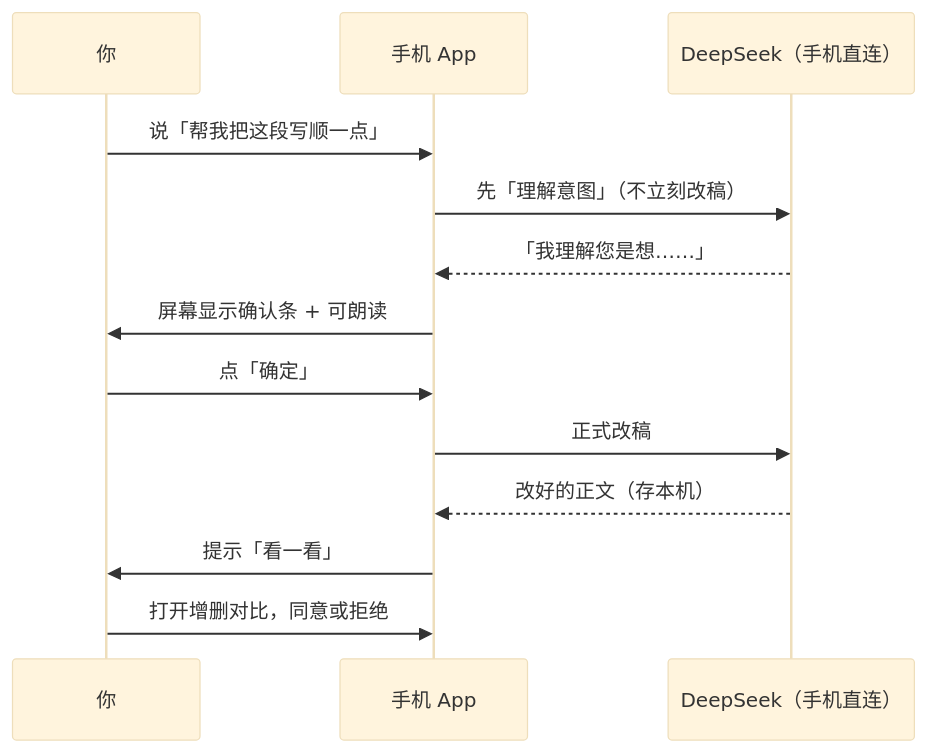
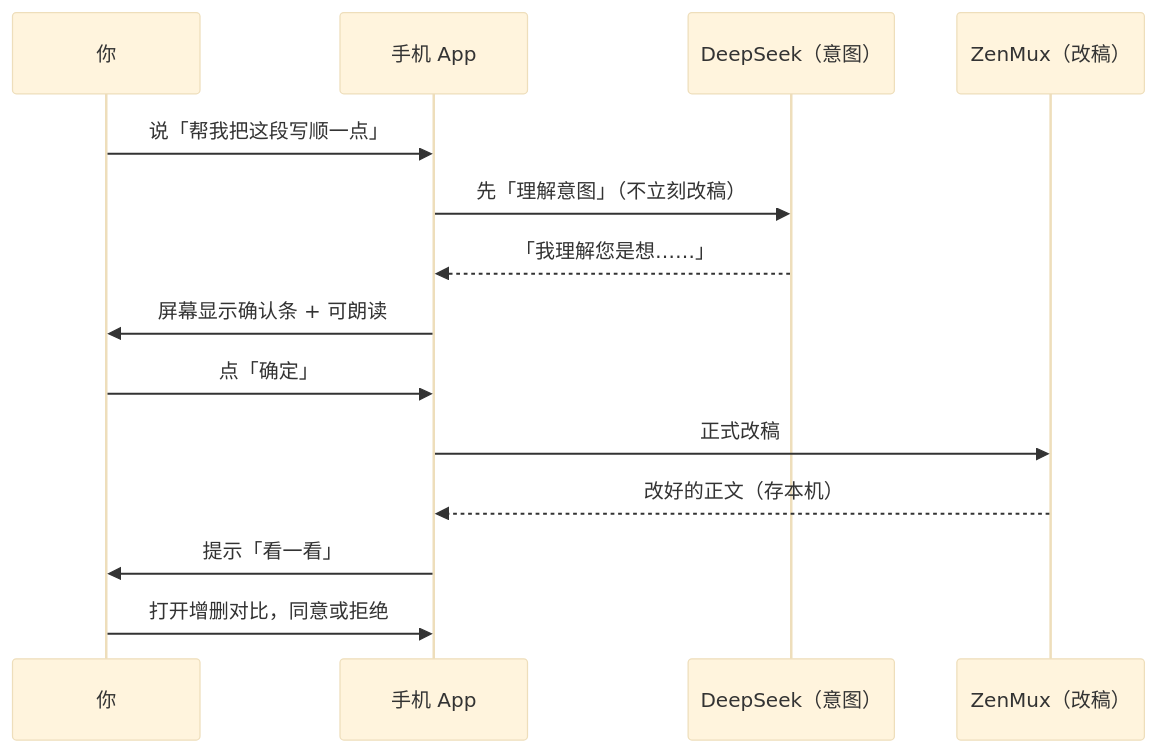
One commit to stchurchye/poemer changed the diagram in docs/项目介绍.md. Above: the diagram before and after it, drawn with Mermaid (base theme). The commit also changed other lines of this file and 49 other files, not shown here.

First line of the commit message:
feat(mobile): split LLM routing and unify ZenMux key copy

````diff
--- a/docs/项目介绍.md
+++ b/docs/项目介绍.md
@@ -42,16 +42,17 @@
 ```mermaid
 sequenceDiagram
   participant You as 你
   participant App as 手机 App
-  participant AI as DeepSeek（手机直连）
+  participant Intent as DeepSeek（意图）
+  participant Text as ZenMux（改稿）
 
   You->>App: 说「帮我把这段写顺一点」
-  App->>AI: 先「理解意图」（不立刻改稿）
-  AI-->>App: 「我理解您是想……」
+  App->>Intent: 先「理解意图」（不立刻改稿）
+  Intent-->>App: 「我理解您是想……」
   App->>You: 屏幕显示确认条 + 可朗读
   You->>App: 点「确定」
-  App->>AI: 正式改稿
-  AI-->>App: 改好的正文（存本机）
+  App->>Text: 正式改稿
+  Text-->>App: 改好的正文（存本机）
   App->>You: 提示「看一看」
   You->>App: 打开增删对比，同意或拒绝
 ```
````
